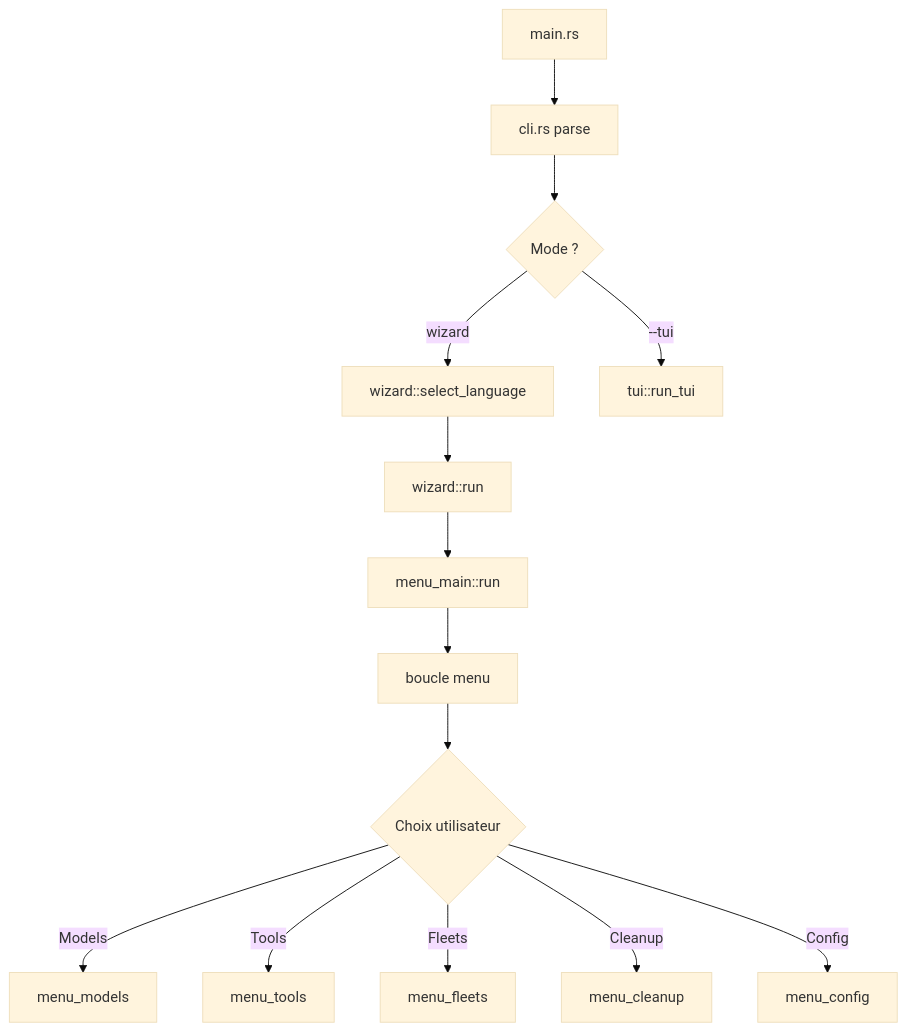
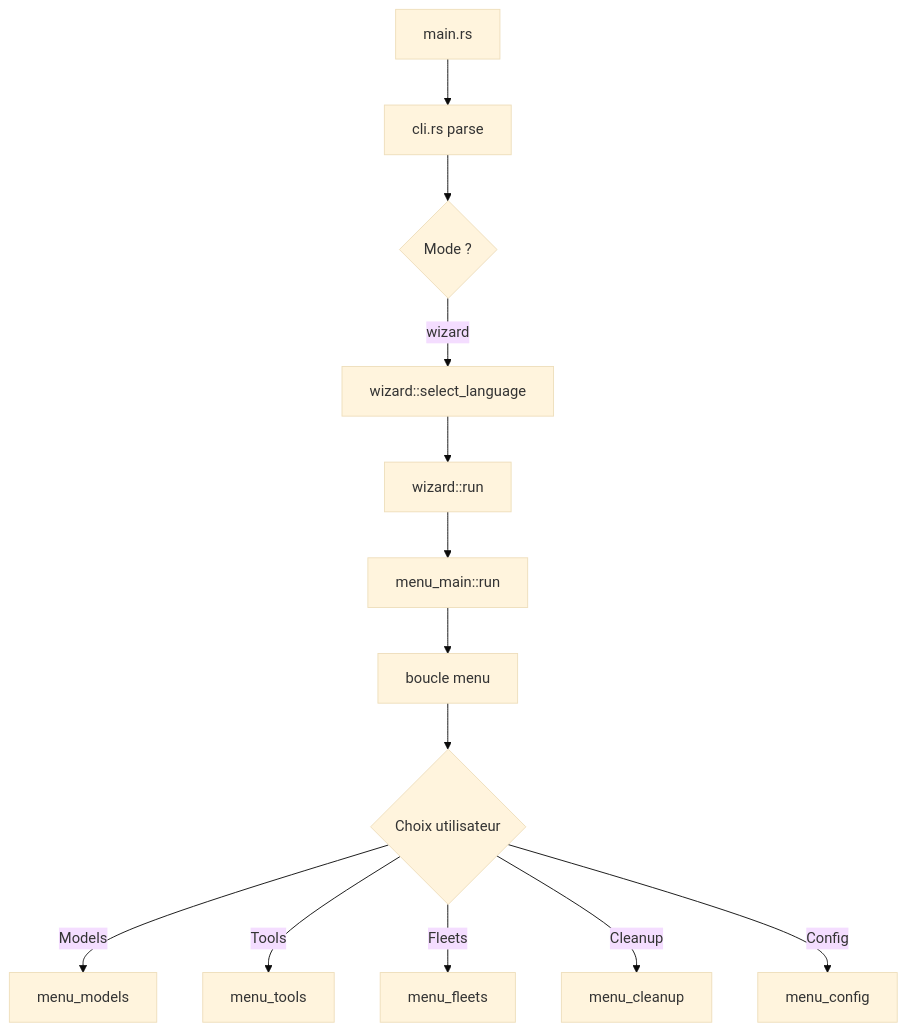
The first of 2 diagrams in docs/architecture.md (olivierlevy/wzllama), drawn with Mermaid (base theme) before and after one commit. The commit also changed other lines of this file and 8 other files, not shown here.

````diff
--- a/docs/architecture.md
+++ b/docs/architecture.md
@@ -134,16 +114,15 @@
 ```mermaid
 graph TD
     A[main.rs] --> B[cli.rs parse]
     B --> C{Mode ?}
     C -->|wizard| D[wizard::select_language]
-    C -->|--tui| E[tui::run_tui]
     D --> F[wizard::run]
     F --> G[menu_main::run]
     G --> H[boucle menu]
     H --> I{Choix utilisateur}
     I -->|Models| J[menu_models]
     I -->|Tools| K[menu_tools]
     I -->|Fleets| L[menu_fleets]
     I -->|Cleanup| M[menu_cleanup]
     I -->|Config| N[menu_config]
 ```
````
